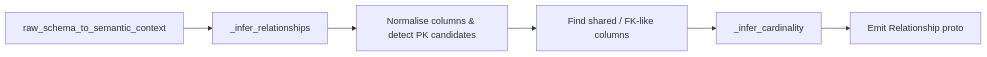
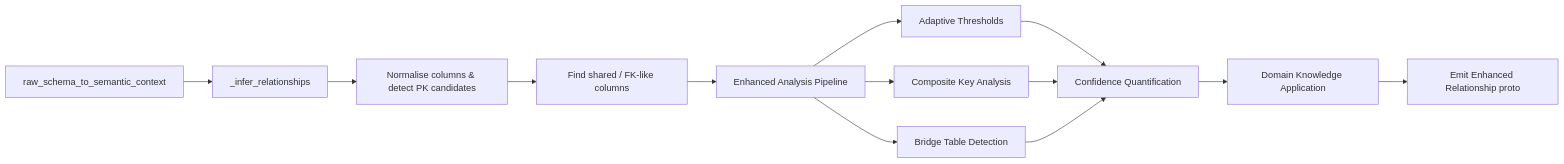
One commit to yunqiqiliang/clickzetta-semantic-model-generator changed the diagram in docs/design/RELATIONSHIP_INFERENCE.md. Above: the diagram before and after it, drawn with Mermaid. The commit also changed other lines of this file and 32 other files, not shown here.

````diff
--- a/docs/design/RELATIONSHIP_INFERENCE.md
+++ b/docs/design/RELATIONSHIP_INFERENCE.md
@@ -9,8 +9,15 @@
 ```mermaid
 flowchart LR
     A[raw_schema_to_semantic_context] --> B[_infer_relationships]
     B --> C[Normalise columns & detect PK candidates]
     C --> D[Find shared / FK-like columns]
-    D --> E[_infer_cardinality]
-    E --> F[Emit Relationship proto]
+    D --> E[Enhanced Analysis Pipeline]
+    E --> F[Adaptive Thresholds]
+    E --> G[Composite Key Analysis]
+    E --> H[Bridge Table Detection]
+    F --> I[Confidence Quantification]
+    G --> I
+    H --> I
+    I --> J[Domain Knowledge Application]
+    J --> K[Emit Enhanced Relationship proto]
 ```
````
